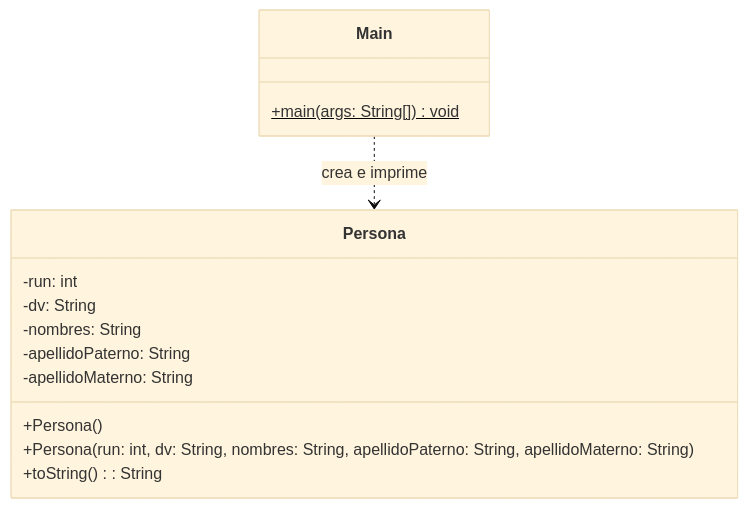
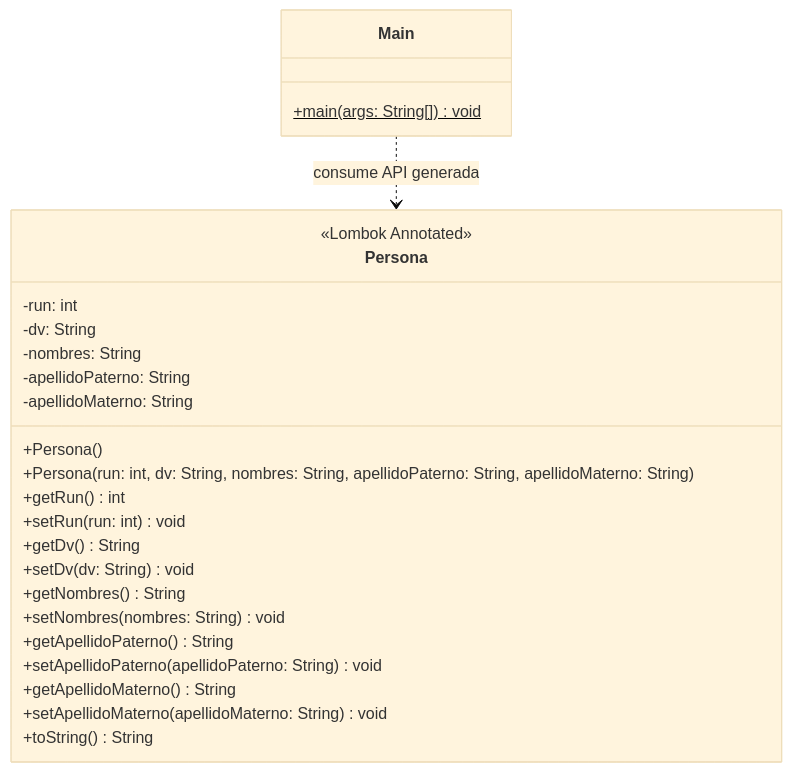
The second of 3 diagrams in 03/README.md (elprofecarreno/poo-fundaments), drawn with Mermaid (base theme) before and after one commit. The commit also changed other lines of this file and 15 other files, not shown here.

````diff
--- a/03/README.md
+++ b/03/README.md
@@ -11,19 +60,30 @@
 ```mermaid
 classDiagram
     class Persona {
+        <<Lombok Annotated>>
         -run: int
         -dv: String
         -nombres: String
         -apellidoPaterno: String
         -apellidoMaterno: String
         +Persona()
         +Persona(run: int, dv: String, nombres: String, apellidoPaterno: String, apellidoMaterno: String)
-        +toString(): String
+        +getRun() int
+        +setRun(run: int) void
+        +getDv() String
+        +setDv(dv: String) void
+        +getNombres() String
+        +setNombres(nombres: String) void
+        +getApellidoPaterno() String
+        +setApellidoPaterno(apellidoPaterno: String) void
+        +getApellidoMaterno() String
+        +setApellidoMaterno(apellidoMaterno: String) void
+        +toString() String
     }
 
     class Main {
         +main(args: String[])$ void
     }
 
-    Main ..> Persona : crea e imprime
+    Main ..> Persona : consume API generada
 ```
````
